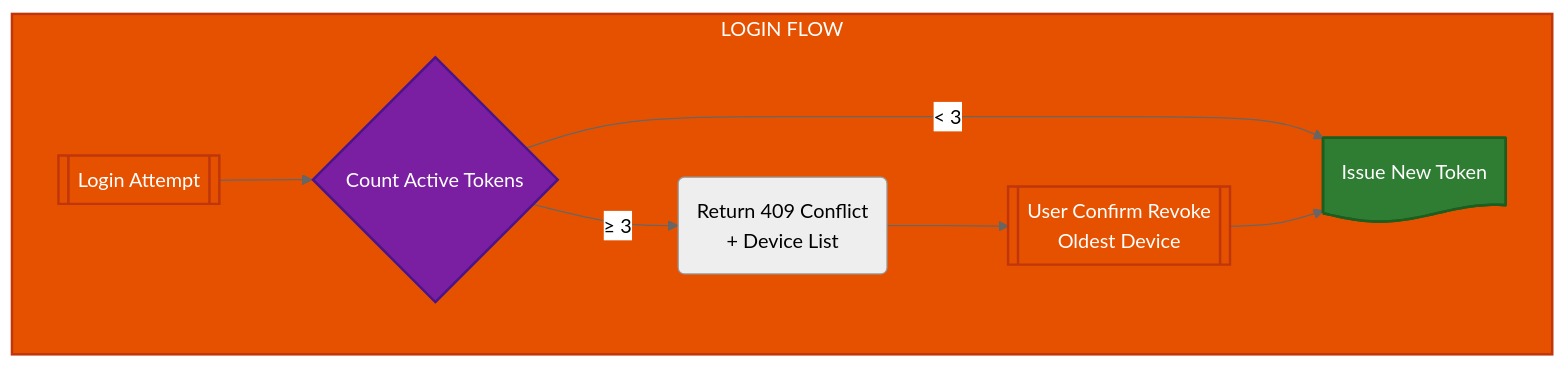
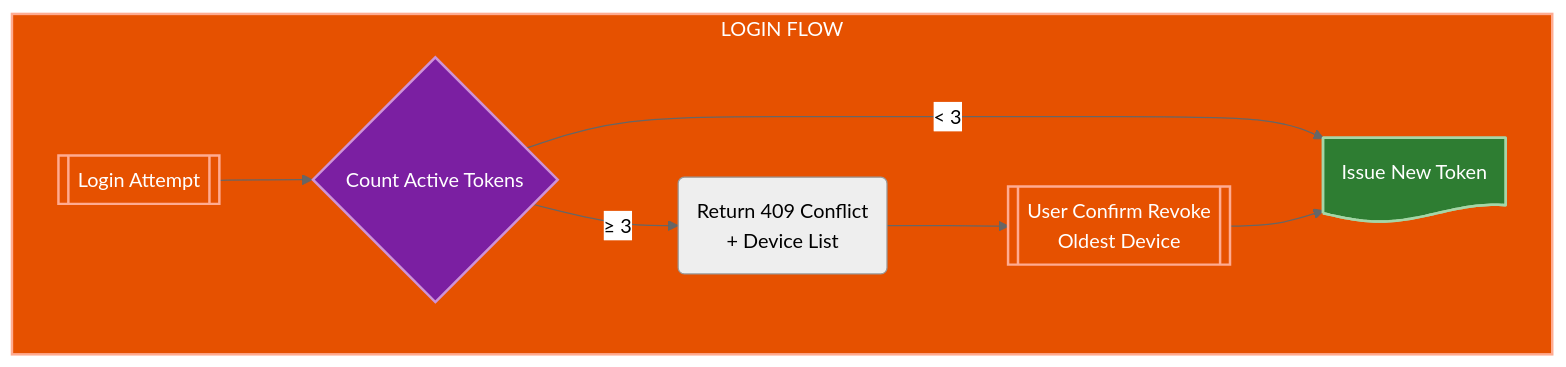
Diagram 12 of 12 in docs/capstone/diagrams/flow-diagrams.vi.md (nghyane/VSTEP), drawn with Mermaid (neutral theme) before and after one commit. The commit also changed other lines of this file, not shown here.

First line of the commit message:
fix(docs): optimize diagram colors for dark/light mode compatibility

````diff
--- a/docs/capstone/diagrams/flow-diagrams.vi.md
+++ b/docs/capstone/diagrams/flow-diagrams.vi.md
@@ -715,22 +715,22 @@
 ```mermaid
 flowchart TB
     subgraph Login["LOGIN FLOW"]
         Attempt@{ shape: fr-rect, label: "Login Attempt" }
         Count@{ shape: diam, label: "Count Active Tokens" }
         Warn@{ shape: rounded, label: "Return 409 Conflict<br/>+ Device List" }
         Revoke@{ shape: fr-rect, label: "User Confirm Revoke<br/>Oldest Device" }
         Issue@{ shape: doc, label: "Issue New Token" }
     end
 
     Attempt --> Count
     Count -->|"< 3"| Issue
     Count -->|"≥ 3"| Warn --> Revoke --> Issue
 
-    classDef process fill:#e65100,stroke:#bf360c,stroke-width:2px,color:#fff
-    classDef decision fill:#7b1fa2,stroke:#4a148c,stroke-width:2px,color:#fff
-    classDef success fill:#2e7d32,stroke:#1b5e20,stroke-width:2px,color:#fff
+    classDef process fill:#e65100,stroke:#ffab91,stroke-width:2px,color:#fff
+    classDef decision fill:#7b1fa2,stroke:#ce93d8,stroke-width:2px,color:#fff
+    classDef success fill:#2e7d32,stroke:#a5d6a7,stroke-width:2px,color:#fff
 
     class Login,Attempt,Revoke,Issue process
     class Count decision
     class Issue success
 ```
````
